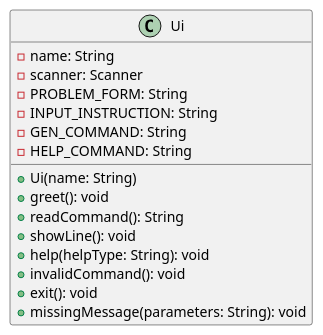
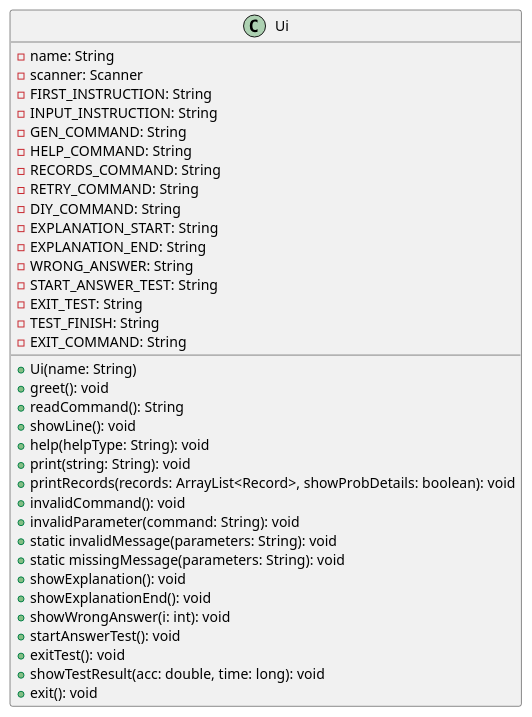
Before and after one commit to AY2324S2-CS2113-T13-1/tp: the diagram in docs/diagrams/UI.puml, drawn with PlantUML. The commit also changed 1 other file, not shown here.

Commit message:
Fix ui and ui uml function

```diff
--- a/docs/diagrams/UI.puml
+++ b/docs/diagrams/UI.puml
@@ -1,20 +1,40 @@
 @startuml
 
 class Ui {
     -name: String
     -scanner: Scanner
-    -PROBLEM_FORM: String
+    -FIRST_INSTRUCTION: String
     -INPUT_INSTRUCTION: String
     -GEN_COMMAND: String
     -HELP_COMMAND: String
+    -RECORDS_COMMAND: String
+    -RETRY_COMMAND: String
+    -DIY_COMMAND: String
+    -EXPLANATION_START: String
+    -EXPLANATION_END: String
+    -WRONG_ANSWER: String
+    -START_ANSWER_TEST: String
+    -EXIT_TEST: String
+    -TEST_FINISH: String
+    -EXIT_COMMAND: String
     +Ui(name: String)
     +greet(): void
     +readCommand(): String
     +showLine(): void
     +help(helpType: String): void
+    +print(string: String): void
+    +printRecords(records: ArrayList<Record>, showProbDetails: boolean): void
     +invalidCommand(): void
+    +invalidParameter(command: String): void
+    +static invalidMessage(parameters: String): void
+    +static missingMessage(parameters: String): void
+    +showExplanation(): void
+    +showExplanationEnd(): void
+    +showWrongAnswer(i: int): void
+    +startAnswerTest(): void
+    +exitTest(): void
+    +showTestResult(acc: double, time: long): void
     +exit(): void
-    +missingMessage(parameters: String): void
 }
 
 @enduml
```
